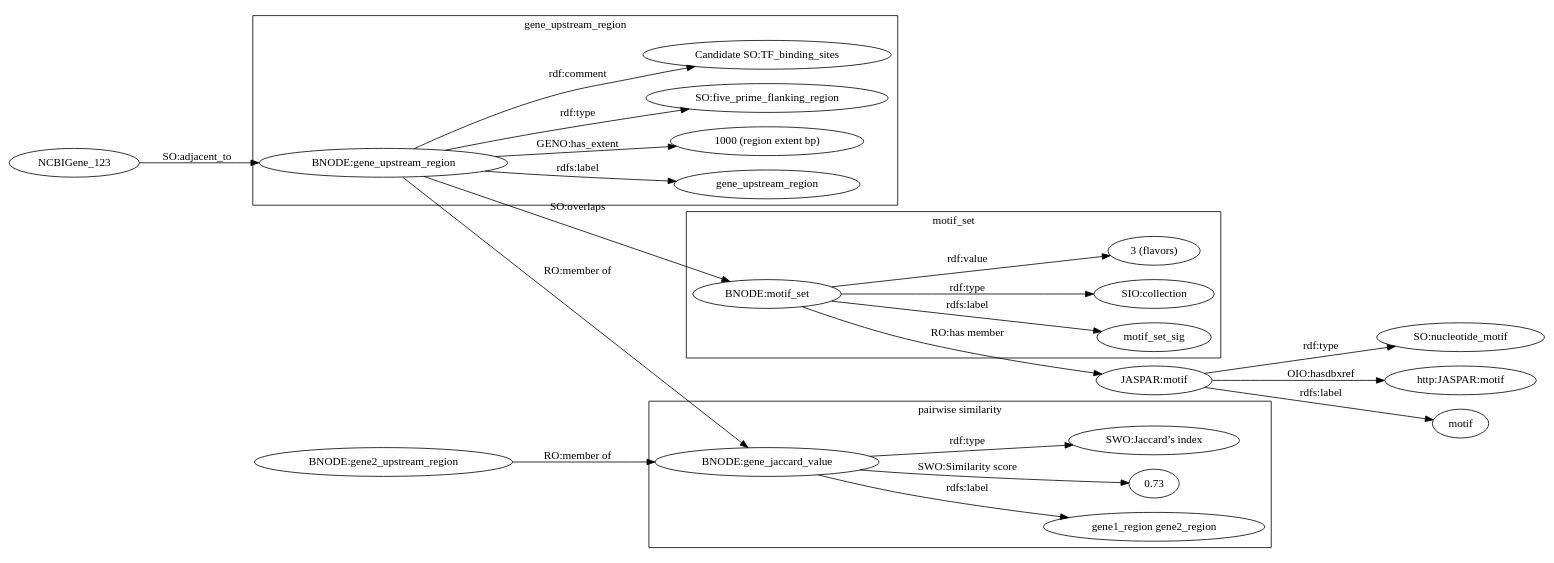
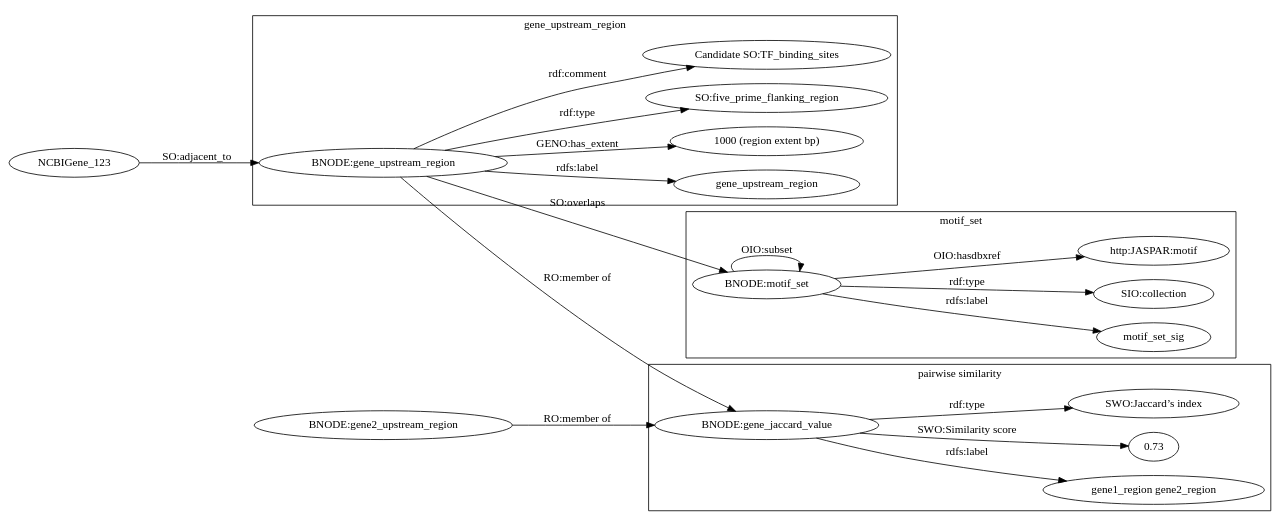
The diagram in jaspar_target_model.gv (TomConlin/Jaspar_FA), drawn with Graphviz before and after one commit. The commit also changed 6 other files, not shown here.

```diff
--- a/jaspar_target_model.gv
+++ b/jaspar_target_model.gv
@@ -1,41 +1,44 @@
 
 digraph{
  rankdir=LR;
  compound=true;
  title=JASPAR_target_model
  
  "NCBIGene_123" -> "BNODE:gene_upstream_region" [label="SO:adjacent_to"]
 
  subgraph  cluster_0 { // the genomic region
 	label=gene_upstream_region
 	"BNODE:gene_upstream_region" -> "gene_upstream_region" [label="rdfs:label"]
 	"BNODE:gene_upstream_region" -> "1000 (region extent bp)" [label="GENO:has_extent"]
 	"BNODE:gene_upstream_region" -> "SO:five_prime_flanking_region" [label="rdf:type"]	
 	"BNODE:gene_upstream_region" -> "Candidate SO:TF_binding_sites" [label="rdf:comment"]
  }
 
  "BNODE:gene_upstream_region"-> "BNODE:motif_set" [label="SO:overlaps"]
 
  subgraph cluster_1 { // set of motifs
 	label=motif_set	
 	"BNODE:motif_set" -> "motif_set_sig"[label="rdfs:label"]
 	"BNODE:motif_set" -> "SIO:collection"[label="rdf:type"]
-	"BNODE:motif_set" -> "3 (flavors)"  [label="rdf:value"]
+	//"BNODE:motif_set" -> "3 (flavors)"  [label="rdf:value"]
+	"BNODE:motif_set" -> "http:JASPAR:motif"   [label="OIO:hasdbxref"]
  }
 
- "BNODE:motif_set" -> "JASPAR:motif" [label="RO:has member"]
- "JASPAR:motif" -> "SO:nucleotide_motif" [label="rdf:type"]
- "JASPAR:motif" -> "http:JASPAR:motif"   [label="OIO:hasdbxref"]
- "JASPAR:motif" -> "motif"[label="rdfs:label"]
+"BNODE:motif_set" -> "BNODE:motif_set" [label="OIO:subset"]  // prolly not 
+
+// "BNODE:motif_set" -> "JASPAR:motif" [label="RO:has member"]
+// "JASPAR:motif" -> "SO:nucleotide_motif" [label="rdf:type"]
+// "JASPAR:motif" -> "http:JASPAR:motif"   [label="OIO:hasdbxref"]
+// "JASPAR:motif" -> "motif"[label="rdfs:label"]
 
  "BNODE:gene_upstream_region" -> "BNODE:gene_jaccard_value" [label="RO:member of"]
  "BNODE:gene2_upstream_region" -> "BNODE:gene_jaccard_value" [label="RO:member of"]
 
  subgraph cluster_2 { // pairwise (dis)similarity
 	label="pairwise similarity"	
 	"BNODE:gene_jaccard_value" -> "gene1_region gene2_region" [label="rdfs:label"]
 	"BNODE:gene_jaccard_value" -> "0.73" [label="SWO:Similarity score"]
 	"BNODE:gene_jaccard_value" -> "SWO:Jaccard’s index" [label="rdf:type"]
 	//  Term IRI: http://www.ebi.ac.uk/efo/swo/SWO_0000243
  }
 }
```
